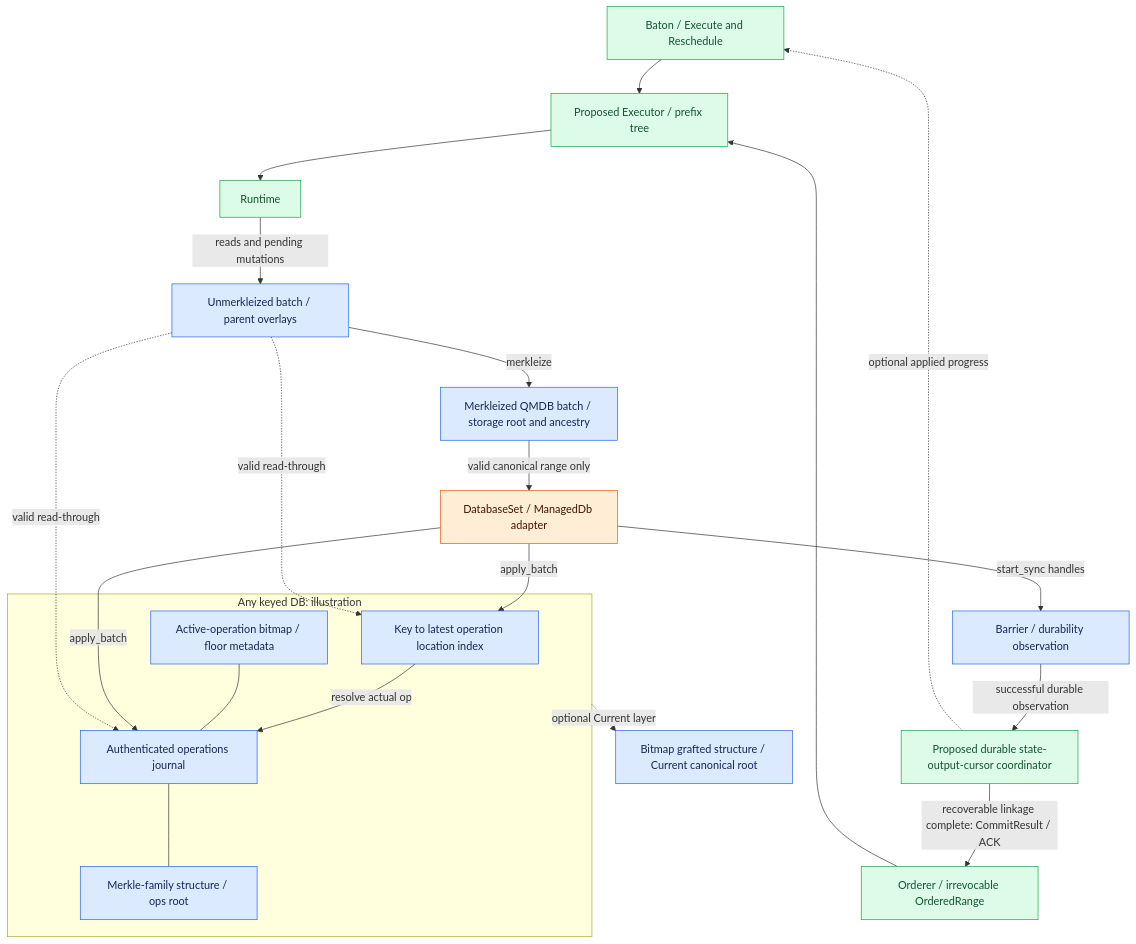
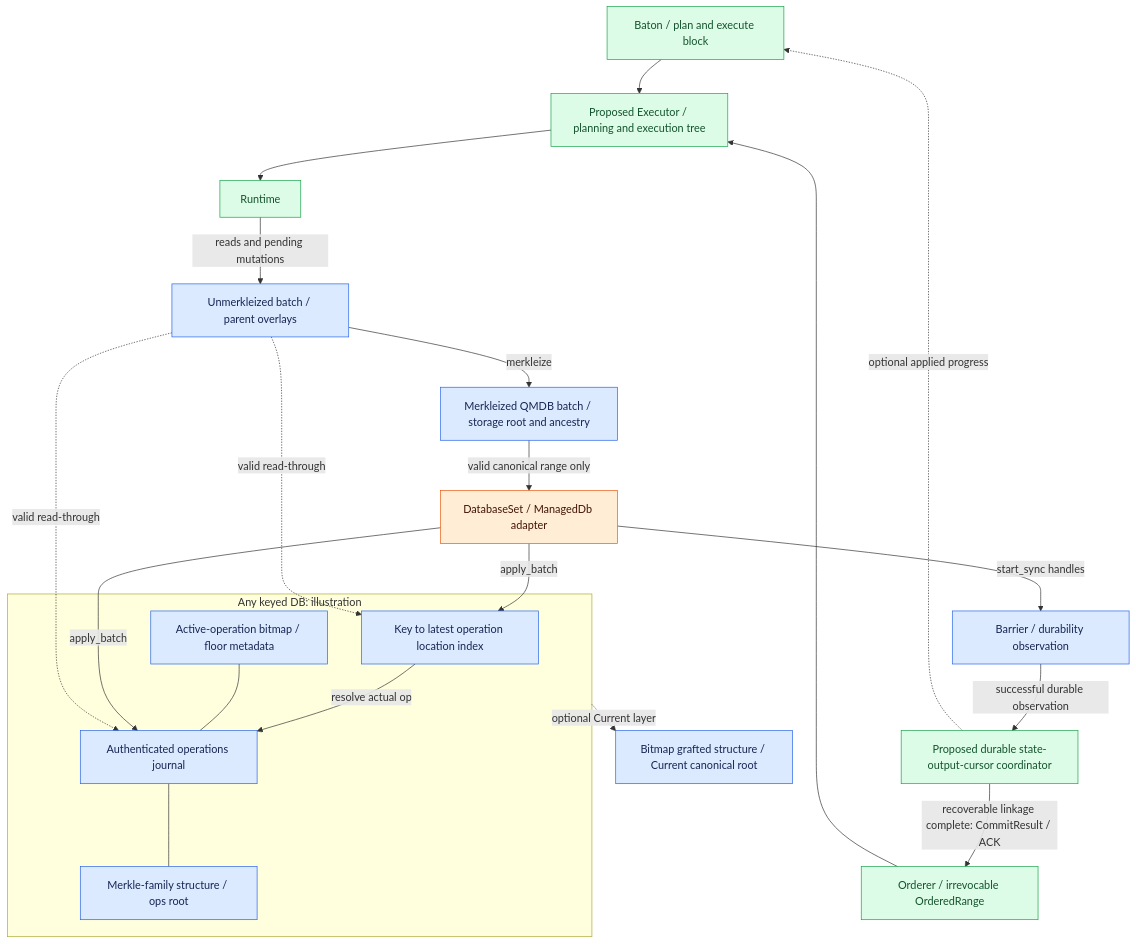
Before and after one commit to djm07073/baton-research: the first of 2 diagrams in docs/execution/qmdb.md, drawn with Mermaid. The commit also changed other lines of this file and 61 other files, not shown here.

Commit message:
Merge planning and parent-linked execution tree into Executor

````diff
--- a/docs/execution/qmdb.md
+++ b/docs/execution/qmdb.md
@@ -19,33 +19,33 @@
 ```mermaid
 flowchart TB
-    B[Baton / Execute and Reschedule] --> O[Proposed Executor / prefix tree]
+    B[Baton / plan and execute block] --> O[Proposed Executor / planning and execution tree]
     ORDER[Orderer / irrevocable OrderedRange] --> O
     O --> R[Runtime]
     R -->|reads and pending mutations| U[Unmerkleized batch / parent overlays]
     U -->|merkleize| K[Merkleized QMDB batch / storage root and ancestry]
     K -->|valid canonical range only| D[DatabaseSet / ManagedDb adapter]
     subgraph Q[Any keyed DB: illustration]
         I[Key to latest operation location index]
         L[Authenticated operations journal]
         M[Merkle-family structure / ops root]
         A[Active-operation bitmap / floor metadata]
         I -->|resolve actual op| L
         L --- M
         A --- L
     end
     D -->|apply_batch| I
     D -->|apply_batch| L
     U -. valid read-through .-> I
     U -. valid read-through .-> L
     Q -. optional Current layer .-> C[Bitmap grafted structure / Current canonical root]
     D -->|start_sync handles| F[Barrier / durability observation]
     F -->|successful durable observation| J[Proposed durable state-output-cursor coordinator]
     J -->|recoverable linkage complete: CommitResult / ACK| ORDER
     J -. optional applied progress .-> B
     classDef reuse fill:#dbeafe,stroke:#2563eb,color:#172554;
     classDef adapt fill:#ffedd5,stroke:#ea580c,color:#431407;
     classDef fresh fill:#dcfce7,stroke:#16a34a,color:#14532d;
     class U,K,I,L,M,A,C,F reuse;
     class D adapt;
     class B,ORDER,O,R,J fresh;
 ```
````
